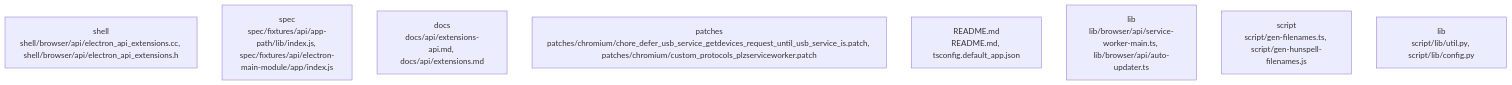
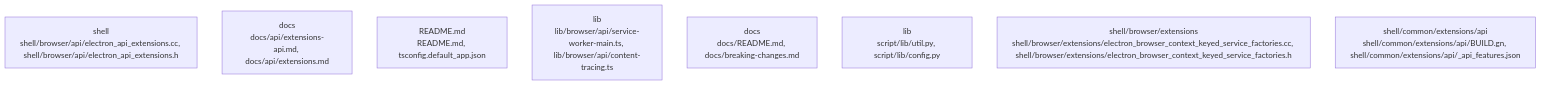
Before and after one commit to ta01012004/Codewiki-and-benchmark-4-models-local: the diagram in outputs/docs/CodeLlama/electron.md, drawn with Mermaid. The commit also changed other lines of this file and 11 other files, not shown here.

````diff
--- a/outputs/docs/CodeLlama/electron.md
+++ b/outputs/docs/CodeLlama/electron.md
@@ -111,13 +22,13 @@
 ```mermaid
 
 flowchart TD
   community_01[shell\nshell/browser/api/electron_api_extensions.cc, shell/browser/api/electron_api_extensions.h]
-  community_02[spec\nspec/fixtures/api/app-path/lib/index.js, spec/fixtures/api/electron-main-module/app/index.js]
-  community_03[docs\ndocs/api/extensions-api.md, docs/api/extensions.md]
-  community_04[patches\npatches/chromium/chore_defer_usb_service_getdevices_request_until_usb_service_is.patch, patches/chromium/custom_protocols_plzserviceworker.patch]
-  community_05[README.md\nREADME.md, tsconfig.default_app.json]
-  community_06[lib\nlib/browser/api/service-worker-main.ts, lib/browser/api/auto-updater.ts]
-  community_07[script\nscript/gen-filenames.ts, script/gen-hunspell-filenames.js]
-  community_08[lib\nscript/lib/util.py, script/lib/config.py]
+  community_02[docs\ndocs/api/extensions-api.md, docs/api/extensions.md]
+  community_03[README.md\nREADME.md, tsconfig.default_app.json]
+  community_04[lib\nlib/browser/api/service-worker-main.ts, lib/browser/api/content-tracing.ts]
+  community_05[docs\ndocs/README.md, docs/breaking-changes.md]
+  community_06[lib\nscript/lib/util.py, script/lib/config.py]
+  community_07[shell/browser/extensions\nshell/browser/extensions/electron_browser_context_keyed_service_factories.cc, shell/browser/extensions/electron_browser_context_keyed_service_factories.h]
+  community_08[shell/common/extensions/api\nshell/common/extensions/api/BUILD.gn, shell/common/extensions/api/_api_features.json]
 
 ```
````
